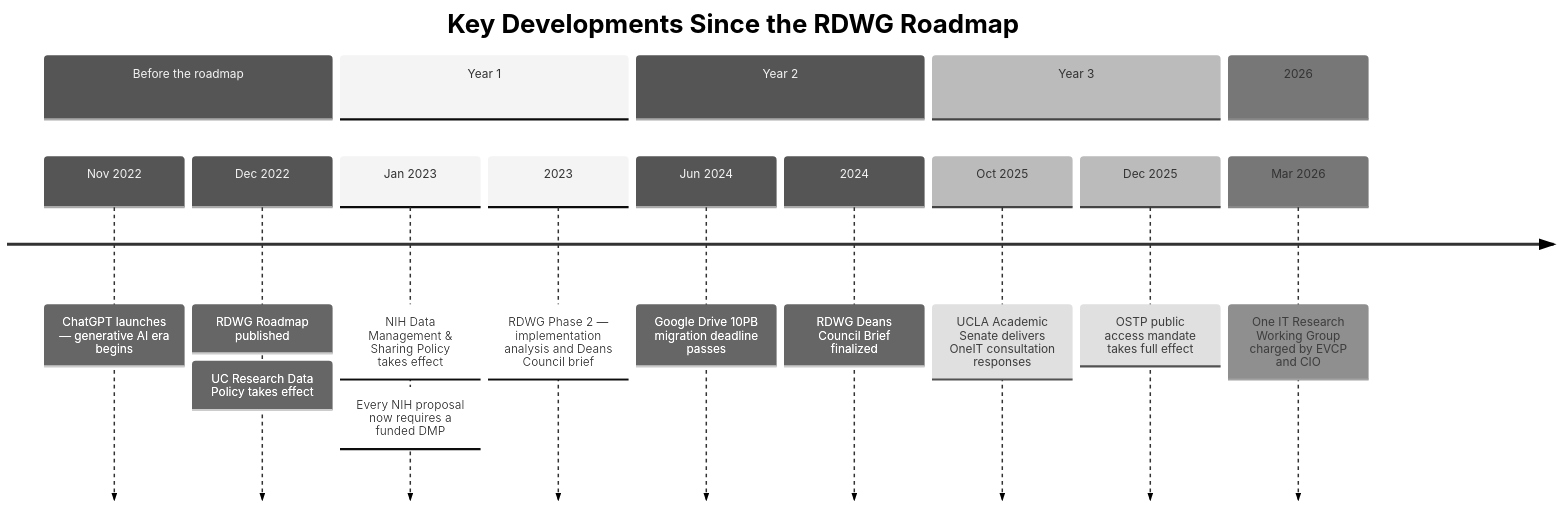
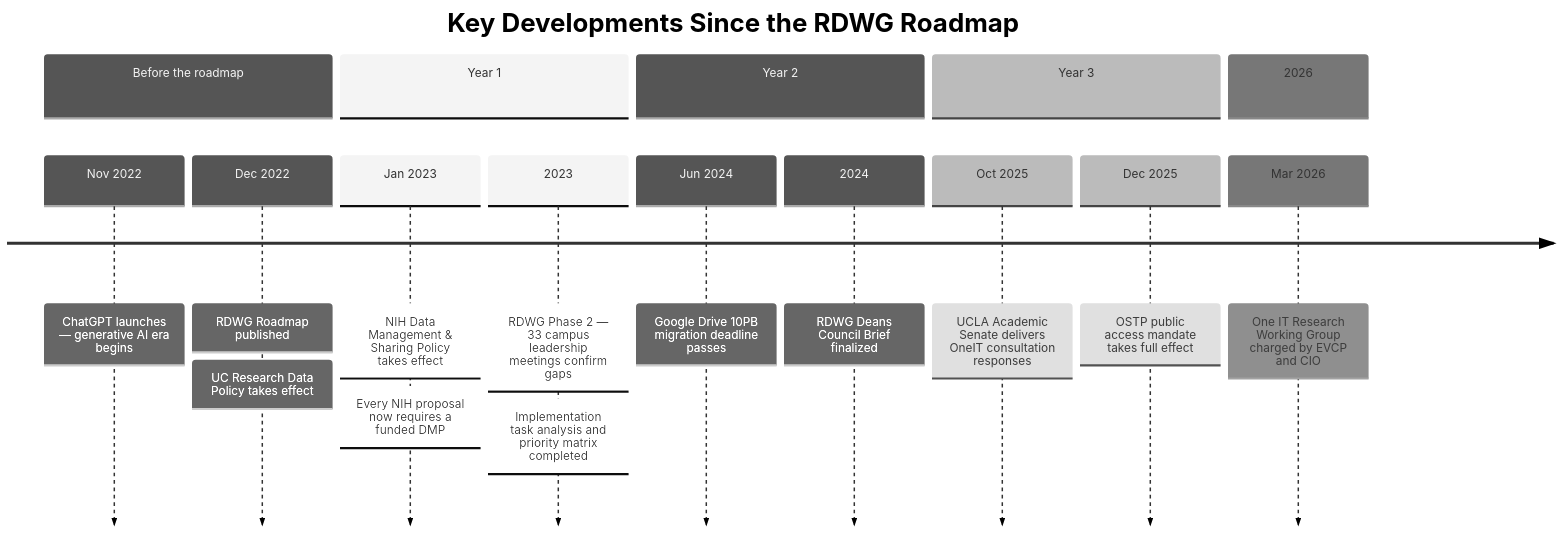
One commit to ucla-data-science-center/rdwg-research-data-infrastructure changed the diagram in gaps-analysis.qmd. Above: the diagram before and after it, drawn with Mermaid (neutral theme). The commit also changed other lines of this file and 2 other files, not shown here.

First line of the commit message:
feat: add 2023 campus validation section to gaps analysis

````diff
--- a/gaps-analysis.qmd
+++ b/gaps-analysis.qmd
@@ -8,21 +8,22 @@
 ```{mermaid}
 %%| fig-width: 9
 timeline
     title Key Developments Since the RDWG Roadmap
     section Before the roadmap
         Nov 2022 : ChatGPT launches — generative AI era begins
         Dec 2022 : RDWG Roadmap published
                  : UC Research Data Policy takes effect
     section Year 1
         Jan 2023 : NIH Data Management & Sharing Policy takes effect
                  : Every NIH proposal now requires a funded DMP
-        2023     : RDWG Phase 2 — implementation analysis and Deans Council brief
+        2023     : RDWG Phase 2 — 33 campus leadership meetings confirm gaps
+                 : Implementation task analysis and priority matrix completed
     section Year 2
         Jun 2024 : Google Drive 10PB migration deadline passes
         2024     : RDWG Deans Council Brief finalized
     section Year 3
         Oct 2025 : UCLA Academic Senate delivers OneIT consultation responses
         Dec 2025 : OSTP public access mandate takes full effect
     section 2026
         Mar 2026 : One IT Research Working Group charged by EVCP and CIO
 ```
````
